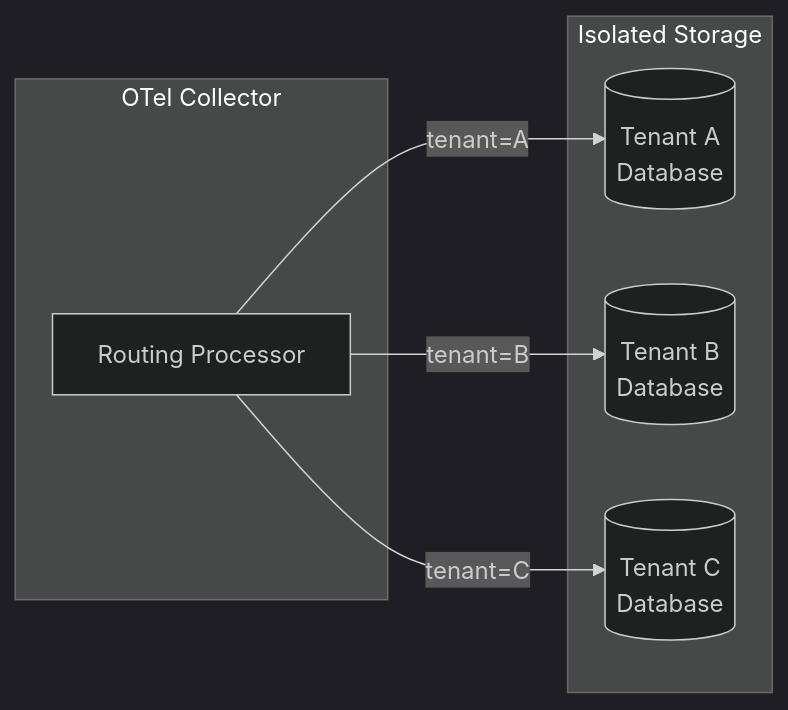
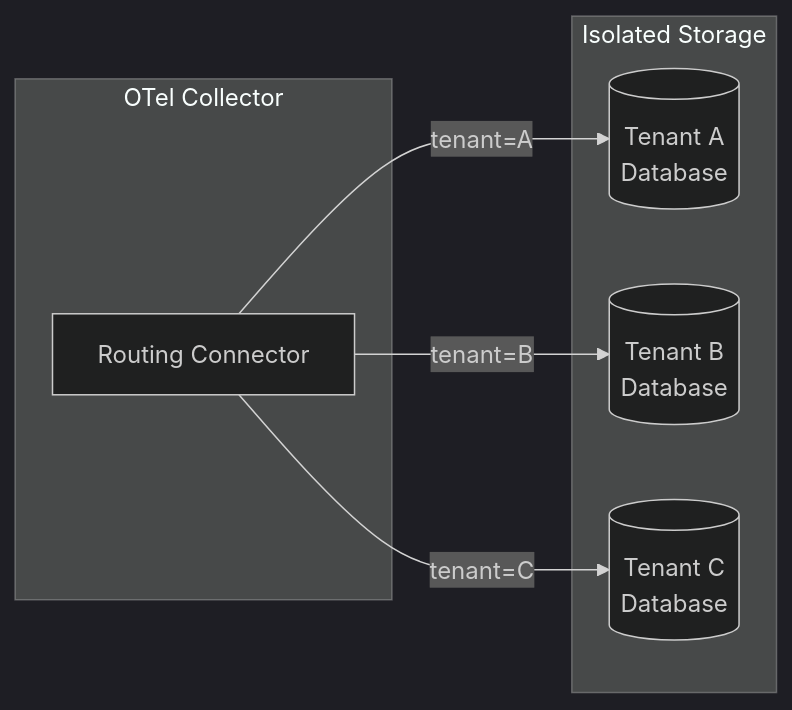
The third of 3 diagrams in posts/2026-01-24-multi-tenancy-opentelemetry/README.md (OneUptime/blog), drawn with Mermaid (dark theme) before and after one commit. The commit also changed other lines of this file and 2 other files, not shown here.

````diff
--- a/posts/2026-01-24-multi-tenancy-opentelemetry/README.md
+++ b/posts/2026-01-24-multi-tenancy-opentelemetry/README.md
@@ -510,16 +548,16 @@
 ```mermaid
 flowchart LR
     subgraph Collector["OTel Collector"]
-        R[Routing Processor]
+        R[Routing Connector]
     end
 
     subgraph Isolation["Isolated Storage"]
         DB1[(Tenant A<br/>Database)]
         DB2[(Tenant B<br/>Database)]
         DB3[(Tenant C<br/>Database)]
     end
 
     R -->|tenant=A| DB1
     R -->|tenant=B| DB2
     R -->|tenant=C| DB3
 ```
````
